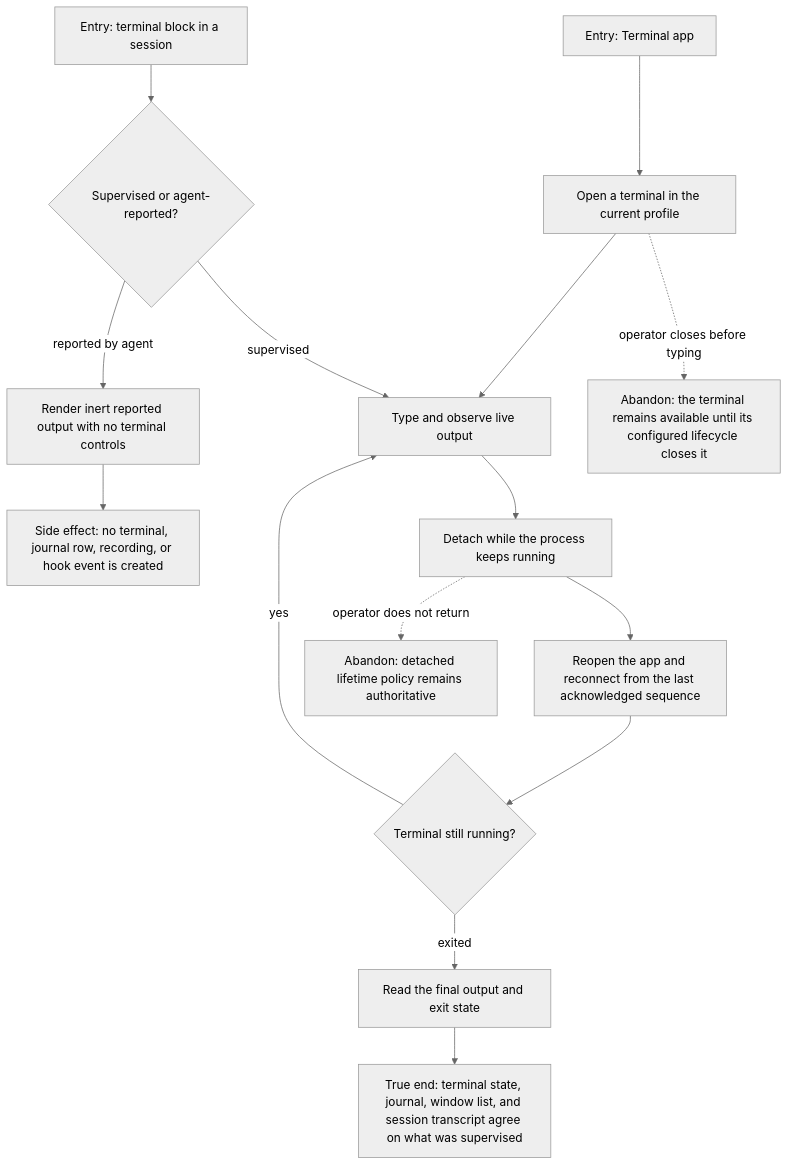
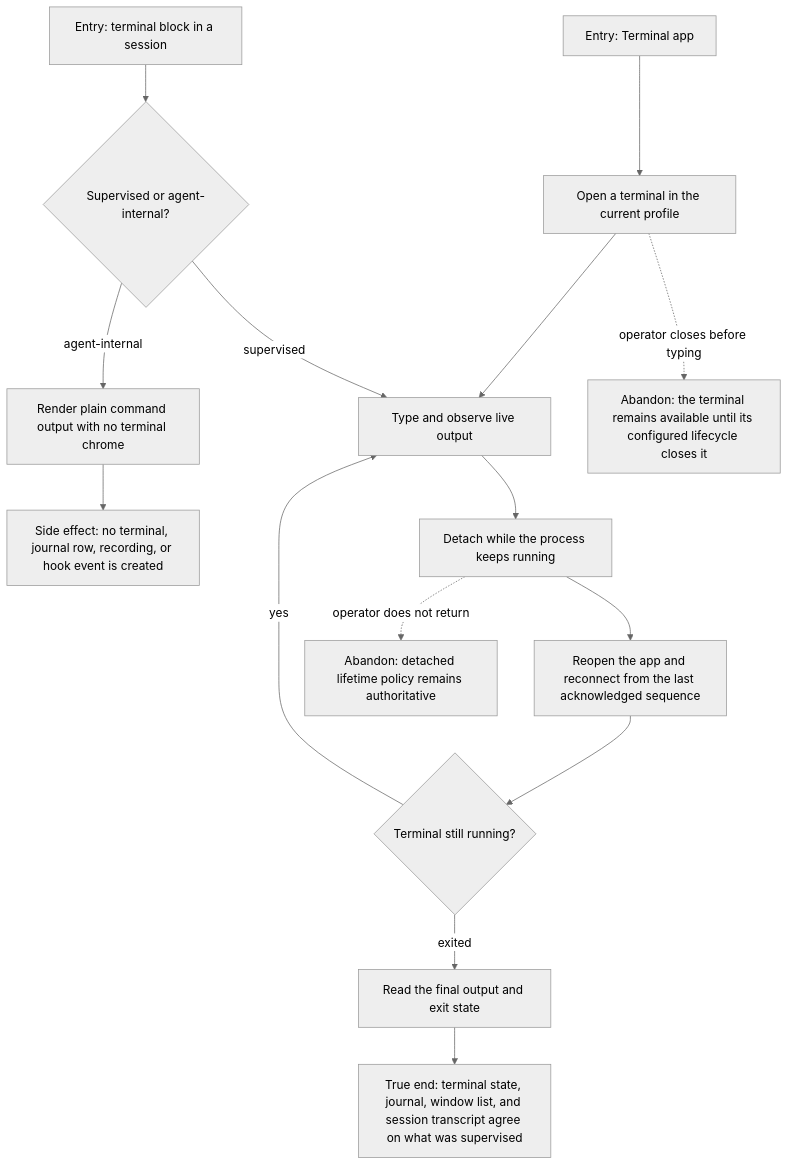
One commit to compozy/compozy changed the diagram in docs/qa/journeys/J-operate-integrated-terminal.md. Above: the diagram before and after it, drawn with Mermaid (neutral theme). The commit also changed other lines of this file and 12 other files, not shown here.

````diff
--- a/docs/qa/journeys/J-operate-integrated-terminal.md
+++ b/docs/qa/journeys/J-operate-integrated-terminal.md
@@ -7,17 +7,17 @@
 ```mermaid
 flowchart TD
   A1[Entry: Terminal app] --> B[Open a terminal in the current profile]
-  A2[Entry: terminal block in a session] --> C{Supervised or agent-reported?}
+  A2[Entry: terminal block in a session] --> C{Supervised or agent-internal?}
   B --> D[Type and observe live output]
   C -->|supervised| D
-  C -->|reported by agent| R[Render inert reported output with no terminal controls]
+  C -->|agent-internal| R[Render plain command output with no terminal chrome]
   R --> R1[Side effect: no terminal, journal row, recording, or hook event is created]
   D --> E[Detach while the process keeps running]
   E --> F[Reopen the app and reconnect from the last acknowledged sequence]
   F --> G{Terminal still running?}
   G -->|yes| D
   G -->|exited| H[Read the final output and exit state]
   H --> Z[True end: terminal state, journal, window list, and session transcript agree on what was supervised]
   B -.->|operator closes before typing| X1[Abandon: the terminal remains available until its configured lifecycle closes it]
   E -.->|operator does not return| X2[Abandon: detached lifetime policy remains authoritative]
 ```
````
